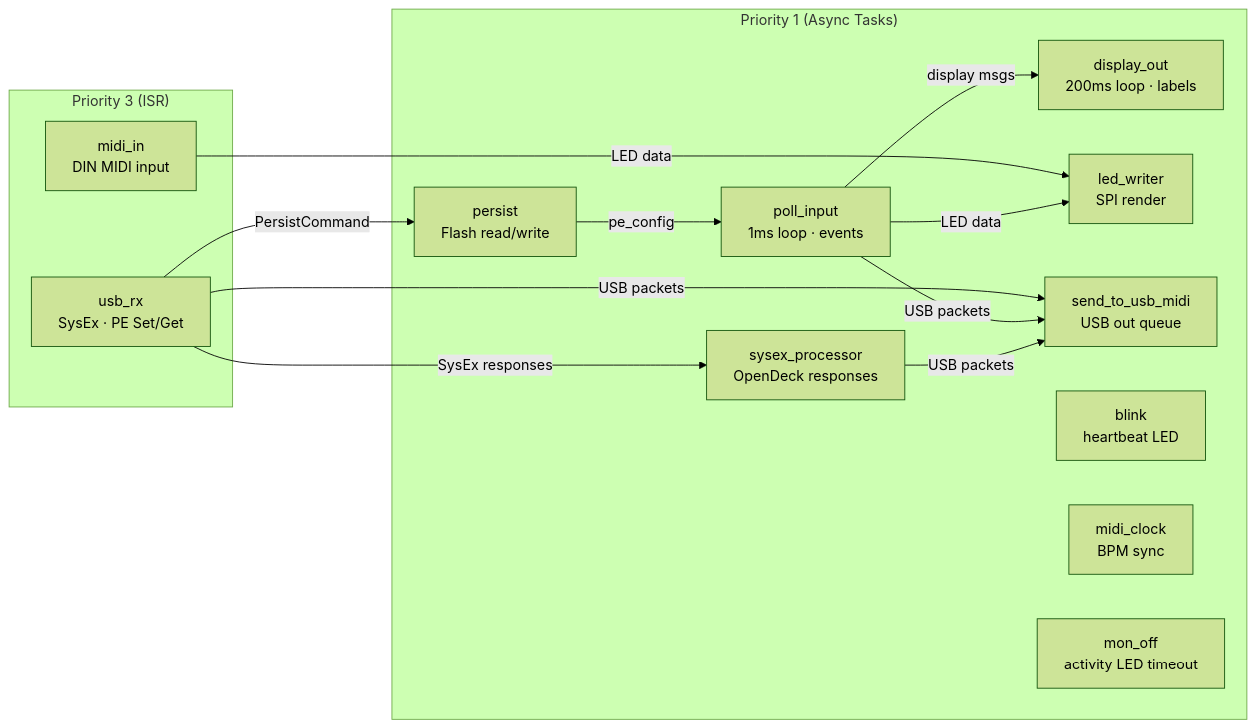
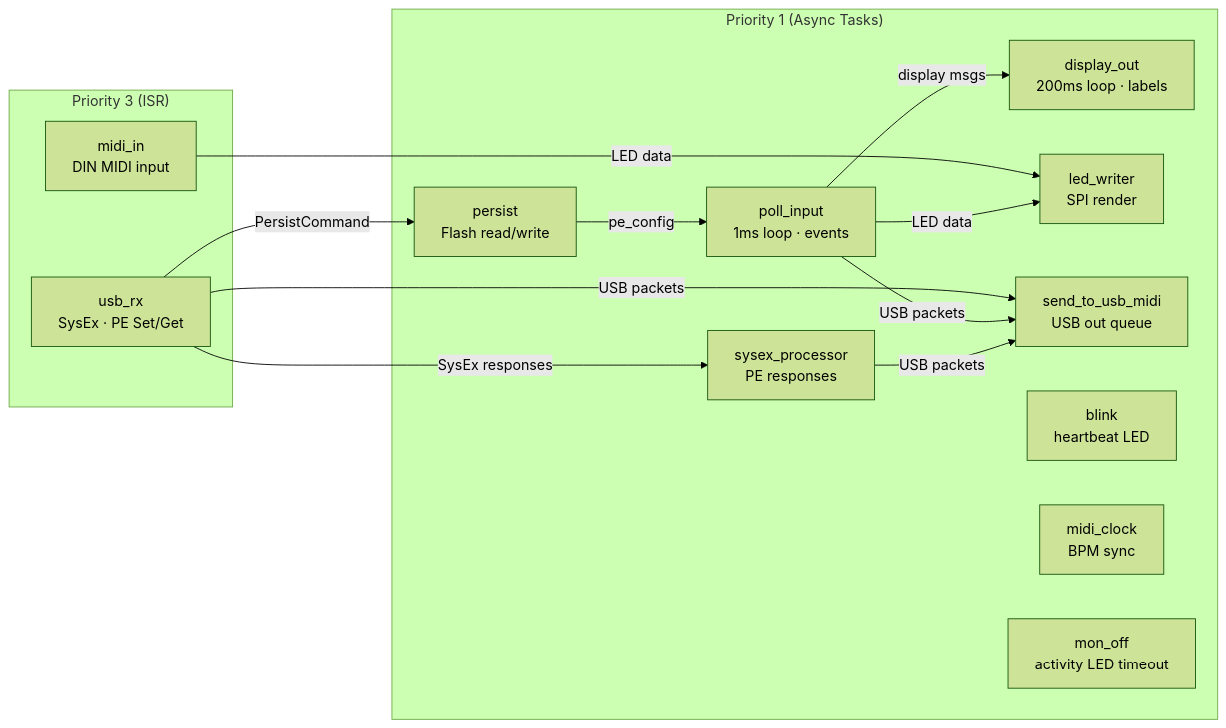
Before and after one commit to pedalboard/pedalboard-midi: the first of 2 diagrams in docs/architecture.md, drawn with Mermaid (forest theme). The commit also changed other lines of this file and 2 other files, not shown here.

First line of the commit message:
docs: remove remaining OpenDeck references from architecture docs

````diff
--- a/docs/architecture.md
+++ b/docs/architecture.md
@@ -24,29 +24,29 @@
 ```mermaid
 graph LR
     subgraph "Priority 3 (ISR)"
         USB_RX[usb_rx<br/>SysEx · PE Set/Get]
         MIDI_IN[midi_in<br/>DIN MIDI input]
     end
 
     subgraph "Priority 1 (Async Tasks)"
         POLL[poll_input<br/>1ms loop · events]
         DISPLAY[display_out<br/>200ms loop · labels]
         LED[led_writer<br/>SPI render]
-        SYSEX[sysex_processor<br/>OpenDeck responses]
+        SYSEX[sysex_processor<br/>PE responses]
         PERSIST[persist<br/>Flash read/write]
         SEND[send_to_usb_midi<br/>USB out queue]
         BLINK[blink<br/>heartbeat LED]
         CLOCK[midi_clock<br/>BPM sync]
         MON[mon_off<br/>activity LED timeout]
     end
 
     USB_RX -->|PersistCommand| PERSIST
     USB_RX -->|SysEx responses| SYSEX
     USB_RX -->|USB packets| SEND
     MIDI_IN -->|LED data| LED
     POLL -->|USB packets| SEND
     POLL -->|LED data| LED
     POLL -->|display msgs| DISPLAY
     SYSEX -->|USB packets| SEND
     PERSIST -->|pe_config| POLL
 ```
````
